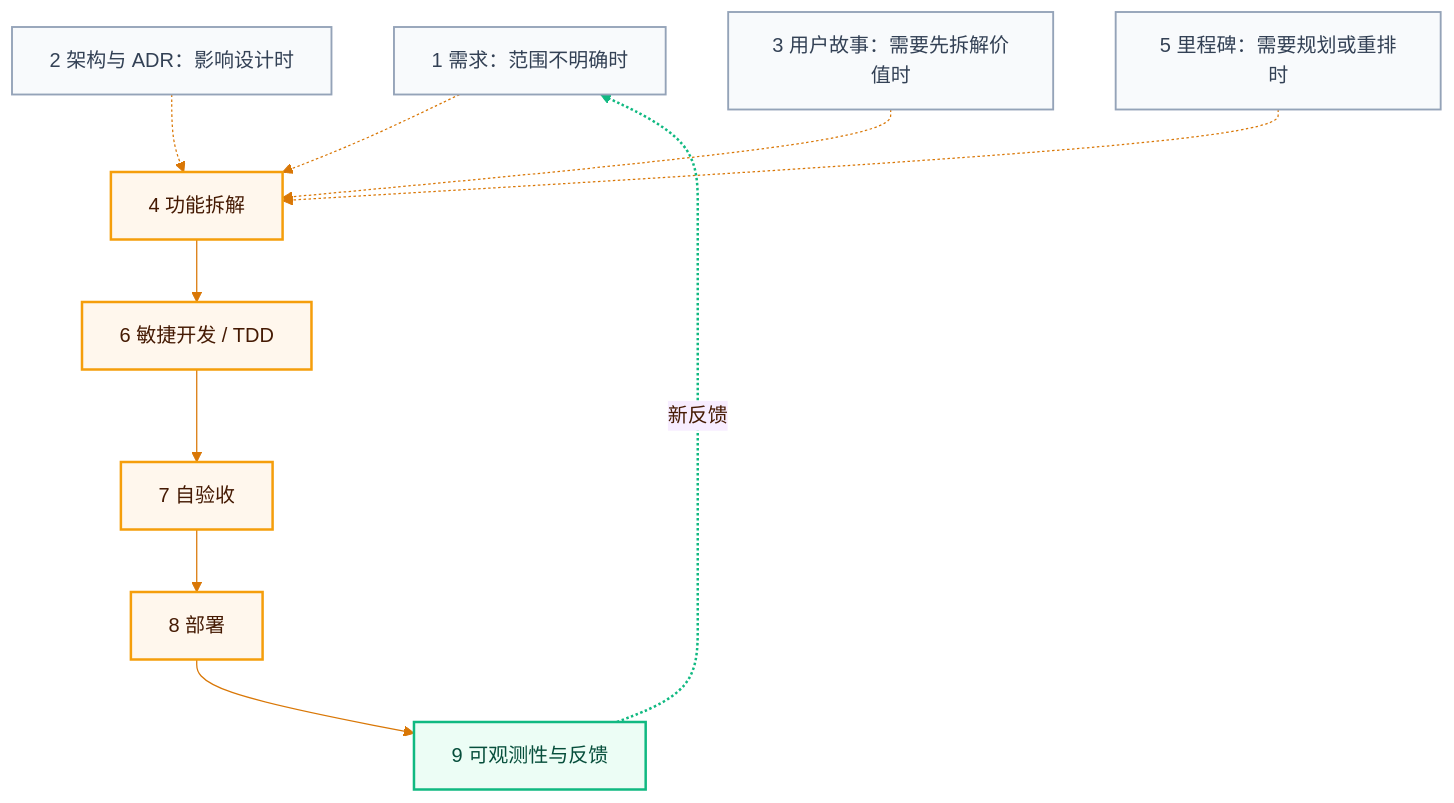
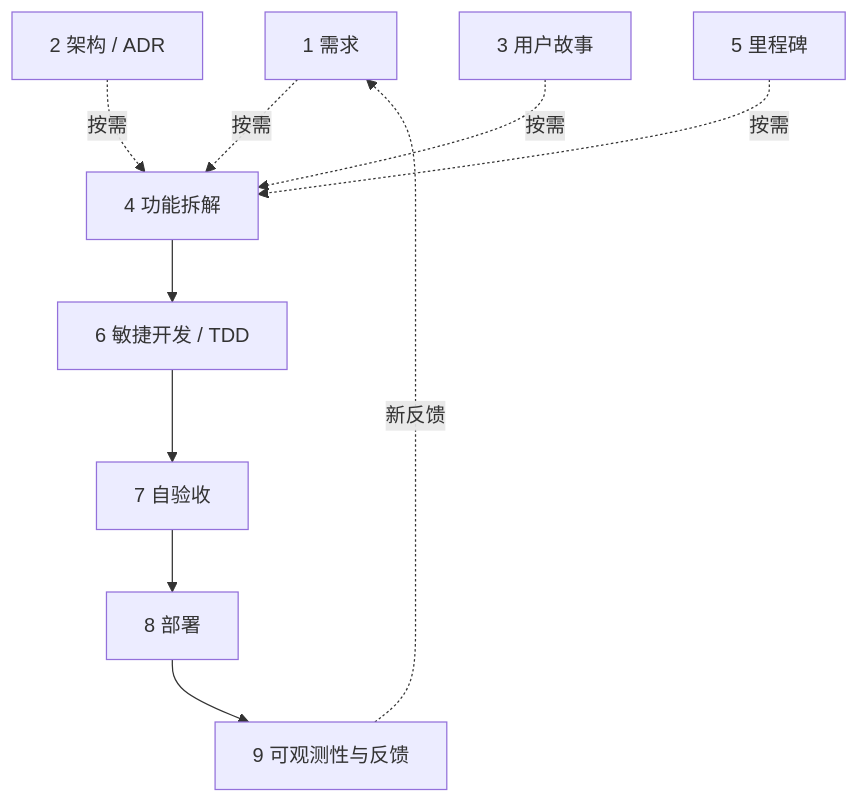
The third of 3 diagrams in concepts/how-it-works.mdx (Caesarlo/SDLC-Harness-docs), drawn with Mermaid before and after one commit. The commit also changed other lines of this file and 5 other files, not shown here.

````diff
--- a/concepts/how-it-works.mdx
+++ b/concepts/how-it-works.mdx
@@ -68,20 +65,12 @@
-```mermaid placement="top-right" actions={true}
-%%{init: {"flowchart": {"curve": "basis"}, "theme": "base", "themeVariables": {"fontFamily": "Inter, ui-sans-serif, system-ui, sans-serif", "primaryColor": "#FFF7ED", "primaryBorderColor": "#F59E0B", "primaryTextColor": "#451A03", "lineColor": "#D97706", "tertiaryColor": "#FFFBEB"}}}%%
+```mermaid
 flowchart TB
-  A["1 需求：范围不明确时"] -.-> D
-  B["2 架构与 ADR：影响设计时"] -.-> D
-  C["3 用户故事：需要先拆解价值时"] -.-> D
-  E["5 里程碑：需要规划或重排时"] -.-> D
-  D["4 功能拆解"] --> F["6 敏捷开发 / TDD"]
+  A["1 需求"] -.按需.-> D["4 功能拆解"]
+  B["2 架构 / ADR"] -.按需.-> D
+  C["3 用户故事"] -.按需.-> D
+  E["5 里程碑"] -.按需.-> D
+  D --> F["6 敏捷开发 / TDD"]
   F --> G["7 自验收"]
   G --> H["8 部署"]
   H --> I["9 可观测性与反馈"]
-  I -."新反馈".-> A
-  classDef optional fill:#F8FAFC,stroke:#94A3B8,color:#334155,stroke-width:1.5px
-  classDef core fill:#FFF7ED,stroke:#F59E0B,color:#451A03,stroke-width:2px
-  classDef feedback fill:#ECFDF5,stroke:#10B981,color:#064E3B,stroke-width:2px
-  class A,B,C,E optional
-  class D,F,G,H core
-  class I feedback
-  linkStyle 8 stroke:#10B981,stroke-width:2px
+  I -.新反馈.-> A
 ```
````
